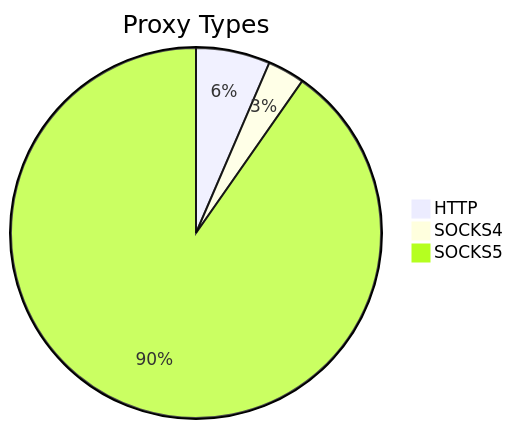
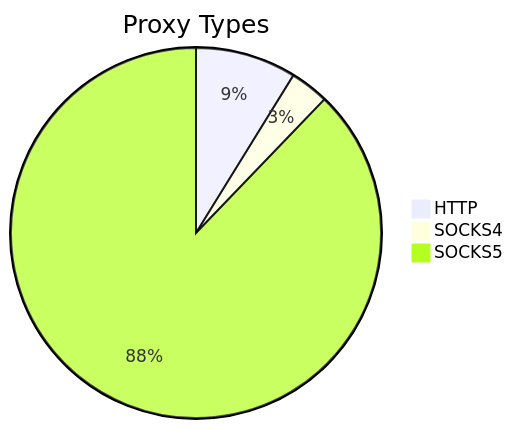
One commit to stormsia/proxy-list changed the first of 2 diagrams in README.md. Above: the diagram before and after it, drawn with Mermaid. The commit also changed other lines of this file, not shown here.

````diff
--- a/README.md
+++ b/README.md
@@ -21,6 +21,6 @@
 ```mermaid
 pie title Proxy Types
-    "HTTP" : 56
+    "HTTP" : 73
     "SOCKS4" : 28
-    "SOCKS5" : 781
+    "SOCKS5" : 728
 ```
````
